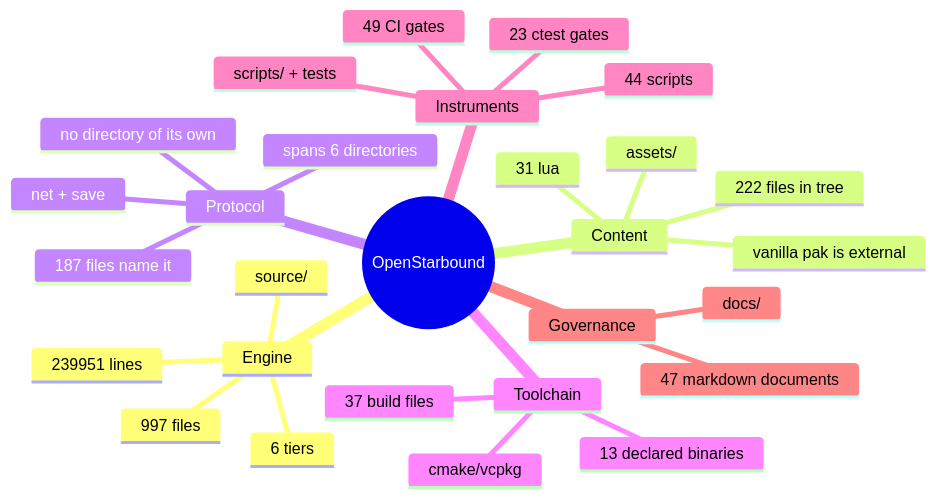
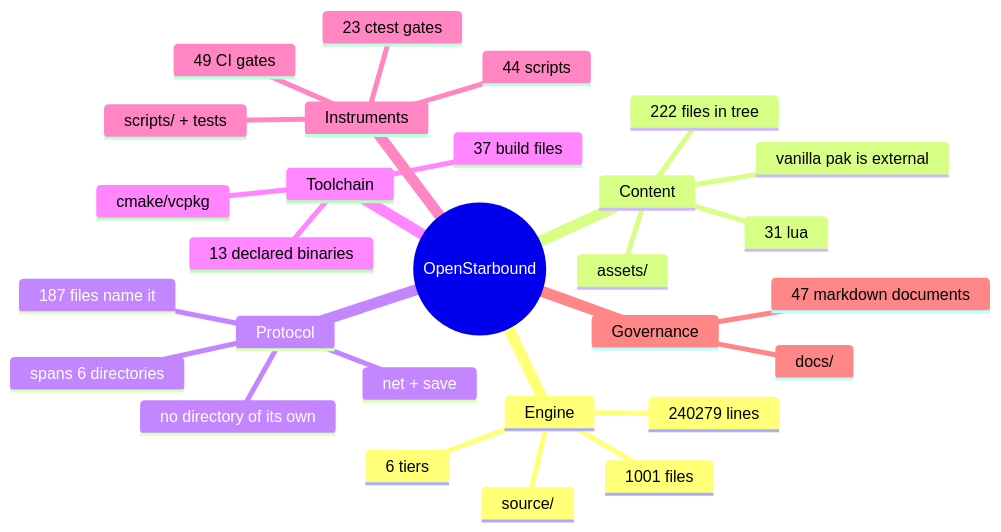
Before and after one commit to apnex/OpenStarbound: the second of 11 diagrams in docs/architecture/system-boundaries.md, drawn with Mermaid. The commit also changed other lines of this file and 10 other files, not shown here.

````diff
--- a/docs/architecture/system-boundaries.md
+++ b/docs/architecture/system-boundaries.md
@@ -166,31 +166,31 @@
 ```mermaid
 mindmap
   root((OpenStarbound))
     Engine
       source/
-      997 files
-      239951 lines
+      1001 files
+      240279 lines
       6 tiers
     Content
       assets/
       222 files in tree
       31 lua
       vanilla pak is external
     Protocol
       net + save
       187 files name it
       spans 6 directories
       no directory of its own
     Toolchain
       cmake/vcpkg
       37 build files
       13 declared binaries
     Instruments
       scripts/ + tests
       44 scripts
       23 ctest gates
       49 CI gates
     Governance
       docs/
       47 markdown documents
 ```
````
